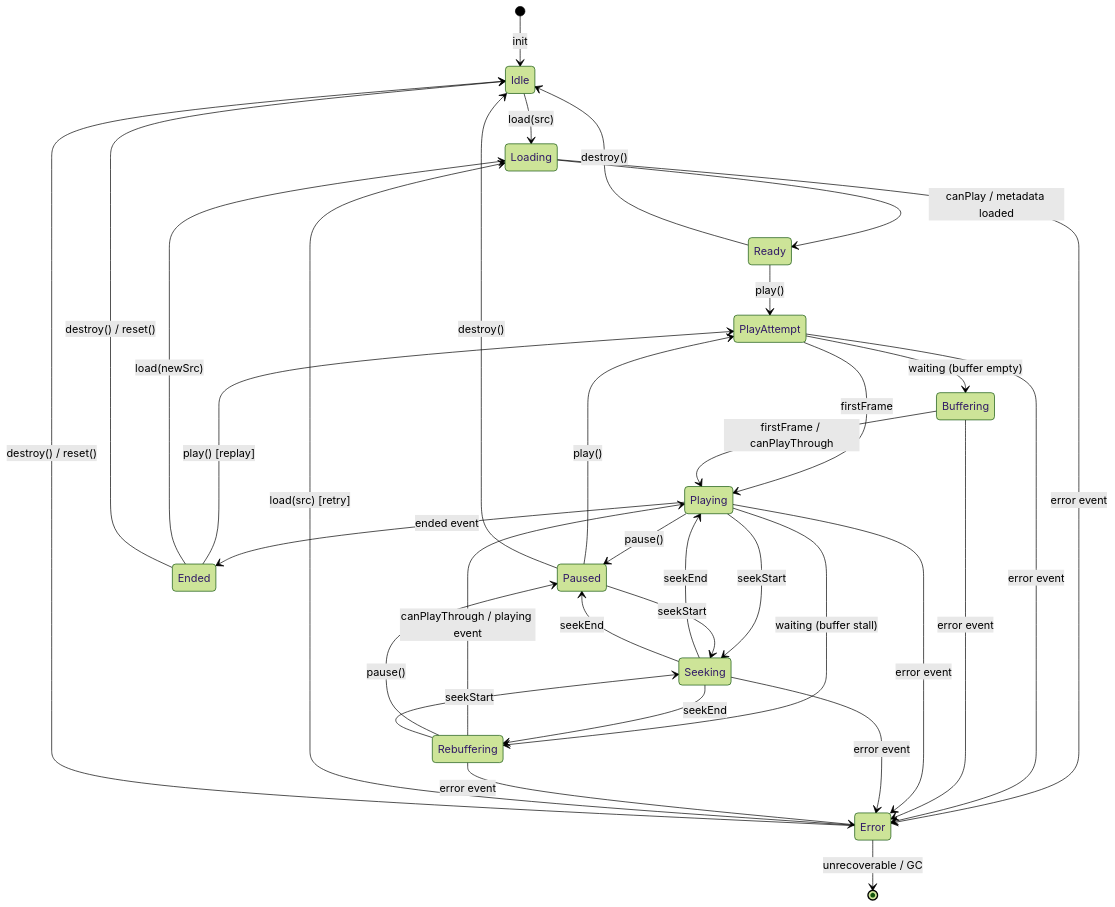
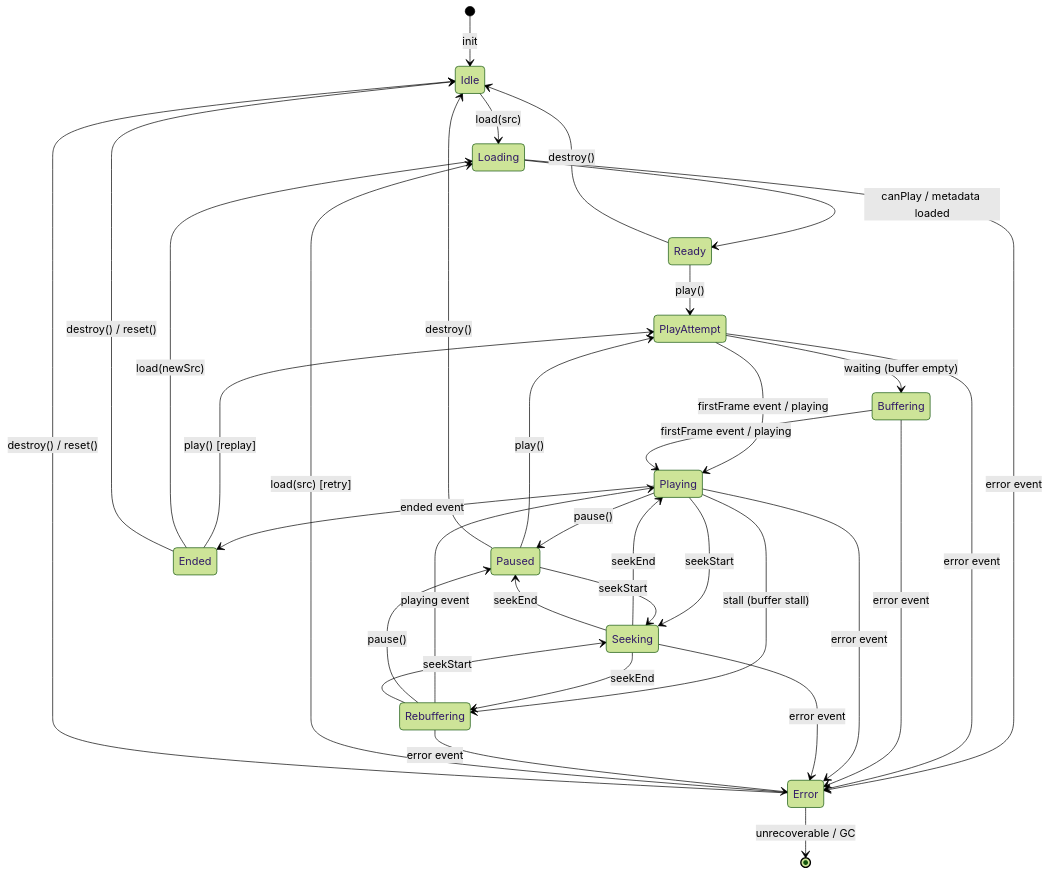
Before and after one commit to stevenlyons/plinth-video: the diagram in docs/overview-prd.md, drawn with Mermaid (forest theme). The commit also changed 24 other files, not shown here.

First line of the commit message:
Fix rebuffer(waiting)/ended/can_play_through events (#22)

````diff
--- a/docs/overview-prd.md
+++ b/docs/overview-prd.md
@@ -84,76 +84,76 @@
 ```mermaid
 stateDiagram-v2
 
     %% ── States ──────────────────────────────────────────────────────────────
     %%
     %%  Idle         No video source loaded; initial state after init or reset.
     %%  Loading      Source assigned; fetching manifest / metadata.
     %%  Ready        Metadata loaded; player paused at start position.
     %%  PlayAttempt  play() called; awaiting first decoded frame.
     %%               ⏱ VIDEO START TIME begins here.
     %%               ⏱ WATCHED TIME begins here.
     %%  Buffering    play() called but buffer is empty; downloading initial segment.
     %%               ⏱ VIDEO START TIME continues accumulating.
     %%  Playing      Frames actively being decoded and rendered.
     %%               ⏱ PLAYED TIME accumulates.
     %%  Paused       Playback suspended by user or system; position held.
     %%  Seeking      Seek requested; position changing, frames not rendered.
     %%  Rebuffering  Was Playing; buffer exhausted mid-playback; stalled.
     %%               ⏱ REBUFFER TIME accumulates.
     %%  Ended        Playback reached end of content naturally.
     %%  Error        Fatal, unrecoverable player error.
     %%
     %%  WATCHED TIME spans all states from PlayAttempt until Ended or destroy().
 
     [*] --> Idle : init
 
     %% ── Loading ──────────────────────────────────────────────────────────────
     Idle      --> Loading     : load(src)
     Loading   --> Ready       : canPlay / metadata loaded
     Loading   --> Error       : error event
 
     %% ── Play Initiation ──────────────────────────────────────────────────────
     Ready     --> PlayAttempt : play()
     Ready     --> Idle        : destroy()
 
     PlayAttempt --> Buffering : waiting (buffer empty)
-    PlayAttempt --> Playing   : firstFrame
+    PlayAttempt --> Playing   : firstFrame event / playing
     PlayAttempt --> Error     : error event
 
-    Buffering   --> Playing   : firstFrame / canPlayThrough
+    Buffering   --> Playing   : firstFrame event / playing
     Buffering   --> Error     : error event
 
     %% ── Active Playback ──────────────────────────────────────────────────────
     Playing --> Paused        : pause()
     Playing --> Seeking       : seekStart
-    Playing --> Rebuffering   : waiting (buffer stall)
+    Playing --> Rebuffering   : stall (buffer stall)
     Playing --> Ended         : ended event
     Playing --> Error         : error event
 
     %% ── Paused ───────────────────────────────────────────────────────────────
     Paused  --> PlayAttempt   : play()
     Paused  --> Seeking       : seekStart
     Paused  --> Idle          : destroy()
 
     %% ── Seeking ──────────────────────────────────────────────────────────────
     %% Guard tracks the state that was active when seekStart fired.
     Seeking --> Playing       : seekEnd
     Seeking --> Rebuffering   : seekEnd
     Seeking --> Paused        : seekEnd
     Seeking --> Error         : error event
 
     %% ── Rebuffering ──────────────────────────────────────────────────────────
-    Rebuffering --> Playing   : canPlayThrough / playing event
+    Rebuffering --> Playing   : playing event
     Rebuffering --> Paused    : pause()
     Rebuffering --> Seeking   : seekStart
     Rebuffering --> Error     : error event
 
     %% ── Terminal / Reset ─────────────────────────────────────────────────────
     Ended --> PlayAttempt     : play() [replay]
     Ended --> Loading         : load(newSrc)
     Ended --> Idle            : destroy() / reset()
 
     Error --> Loading         : load(src) [retry]
     Error --> Idle            : destroy() / reset()
     Error --> [*]             : unrecoverable / GC
 ```
````
